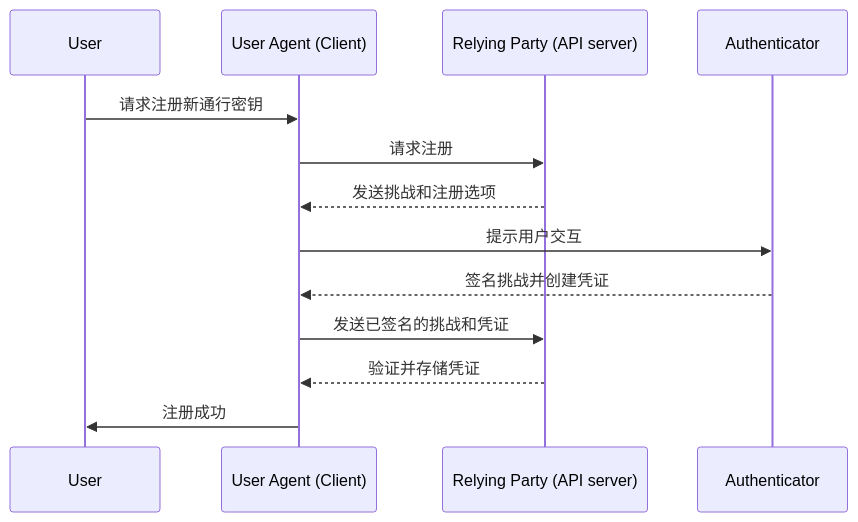
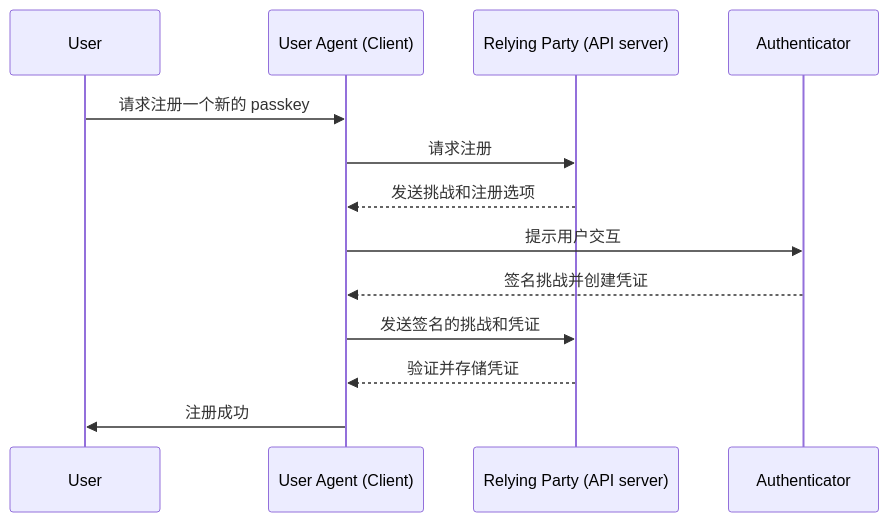
Before and after one commit to logto-io/auth-wiki: the first of 2 diagrams in src/content/terms/zh/webauthn.mdx, drawn with Mermaid. The commit also changed other lines of this file and 98 other files, not shown here.

````diff
--- a/src/content/terms/zh/webauthn.mdx
+++ b/src/content/terms/zh/webauthn.mdx
@@ -39,16 +47,16 @@
 ```mermaid
 sequenceDiagram
 	participant User
 	participant User Agent (Client)
 	participant Relying Party (API server) 
 	participant Authenticator
 
-	User ->> User Agent (Client): 请求注册新通行密钥
+	User ->> User Agent (Client): 请求注册一个新的 passkey
 	User Agent (Client) ->> Relying Party (API server): 请求注册
 	Relying Party (API server) -->> User Agent (Client): 发送挑战和注册选项
 	User Agent (Client) ->> Authenticator: 提示用户交互
 	Authenticator -->> User Agent (Client): 签名挑战并创建凭证
-	User Agent (Client) ->> Relying Party (API server): 发送已签名的挑战和凭证
+	User Agent (Client) ->> Relying Party (API server): 发送签名的挑战和凭证
 	Relying Party (API server) -->> User Agent (Client): 验证并存储凭证
 	User Agent (Client) ->> User: 注册成功
 ```
````
